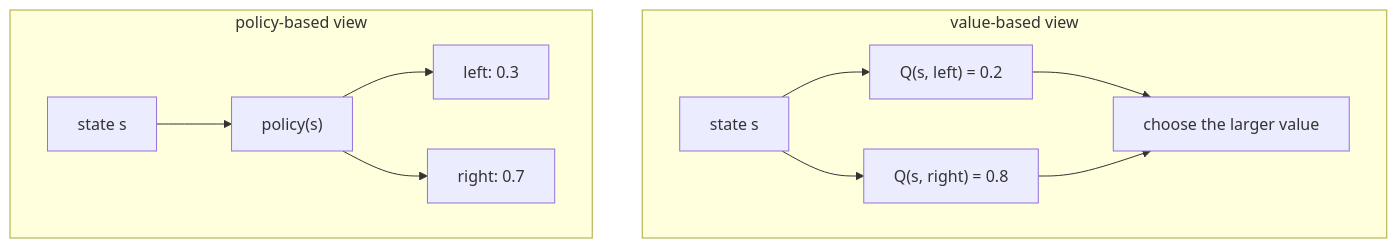
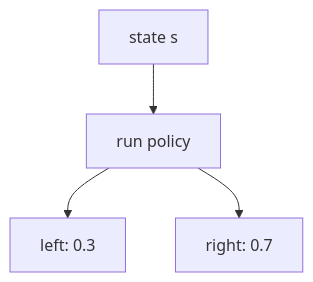
One commit to devchan64/AiBook changed the third of 6 diagrams in docs/parts/part-04/chapter-19/section-02.md. Above: the diagram before and after it, drawn with Mermaid. The commit also changed other lines of this file and 102 other files, not shown here.

````diff
--- a/docs/parts/part-04/chapter-19/section-02.md
+++ b/docs/parts/part-04/chapter-19/section-02.md
@@ -119,23 +146,11 @@
 ```mermaid
-flowchart TB
-  subgraph V["value-based view"]
-    V1["state s"]
-    V2["Q(s, left) = 0.2"]
-    V3["Q(s, right) = 0.8"]
-    V4["choose the larger value"]
-    V1 --> V2
-    V1 --> V3
-    V2 --> V4
-    V3 --> V4
-  end
+flowchart TD
+  A["state s"]
+  B["run policy"]
+  C["left: 0.3"]
+  D["right: 0.7"]
 
-  subgraph P["policy-based view"]
-    P1["state s"]
-    P2["policy(s)"]
-    P3["left: 0.3"]
-    P4["right: 0.7"]
-    P1 --> P2
-    P2 --> P3
-    P2 --> P4
-  end
+  A --> B
+  B --> C
+  B --> D
 ```
````
